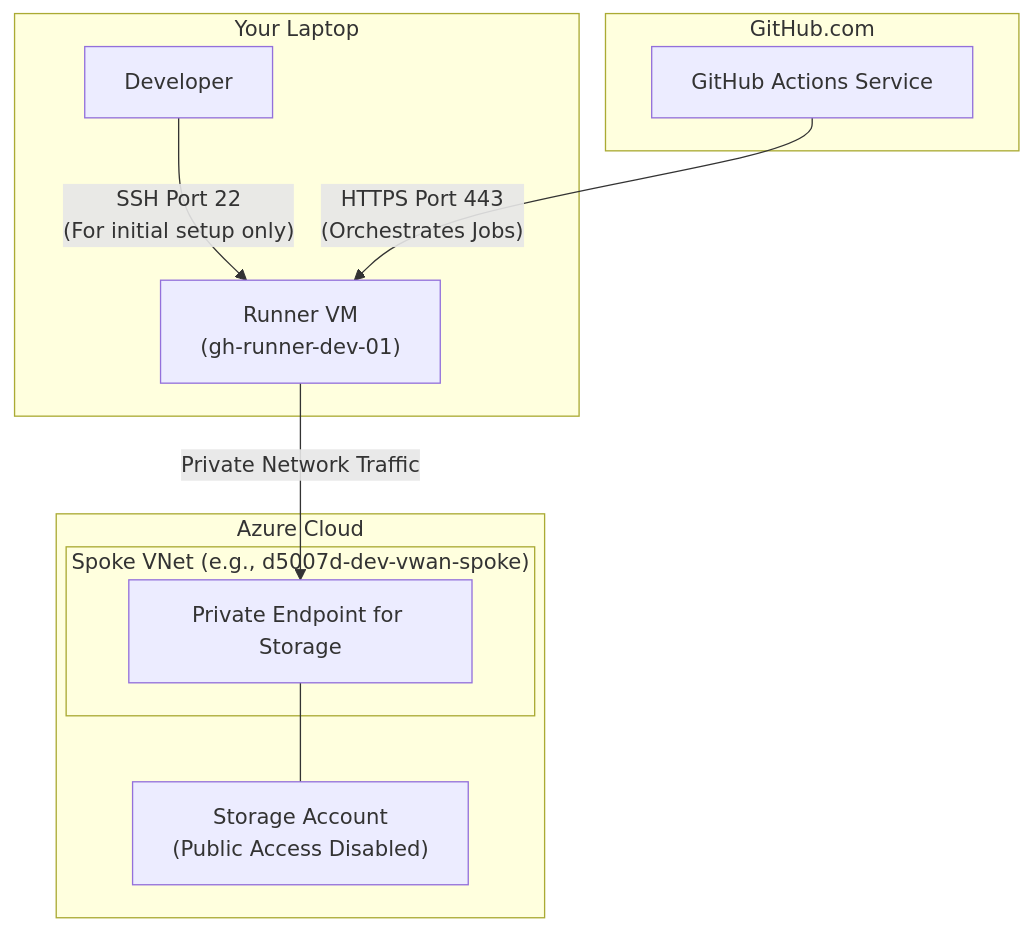
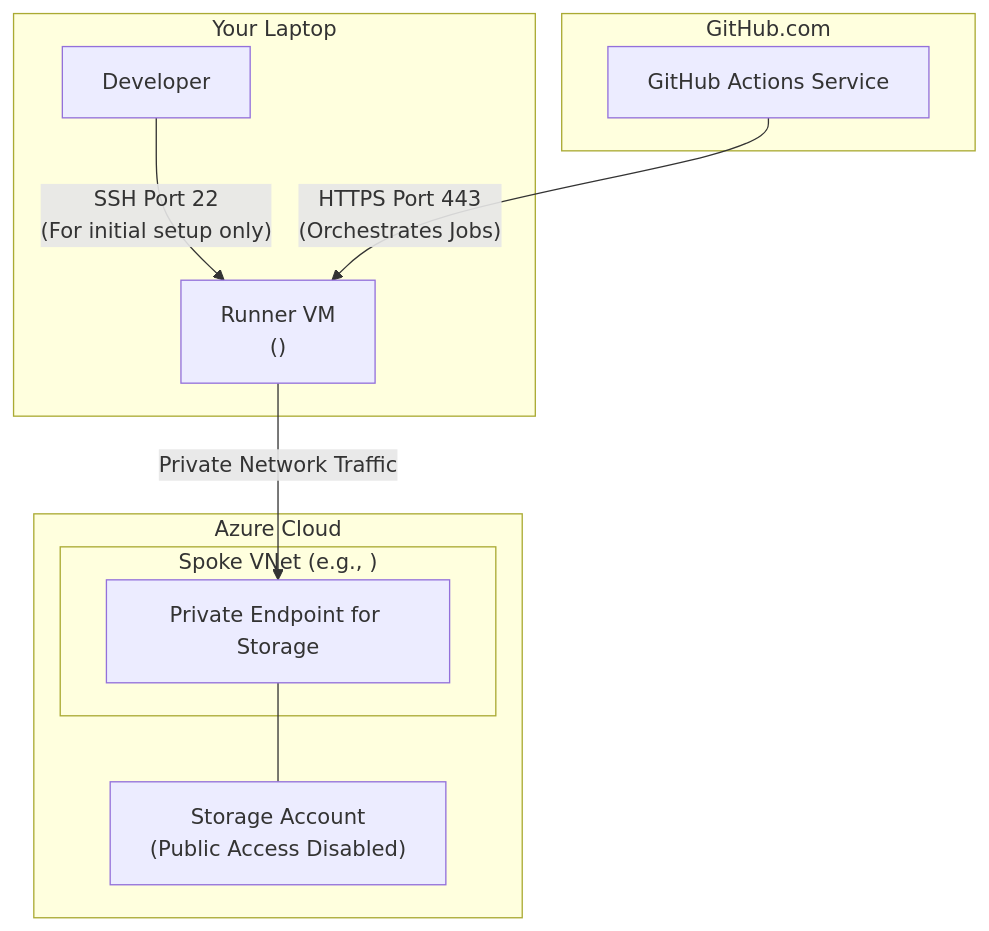
Before and after one commit to bcgov/AzureFilesPoC: the first of 2 diagrams in terraform/environments/cicd/README.md, drawn with Mermaid. The commit also changed other lines of this file and 83 other files, not shown here.

````diff
--- a/terraform/environments/cicd/README.md
+++ b/terraform/environments/cicd/README.md
@@ -36,24 +36,24 @@
 ```mermaid
 graph TD
     subgraph "Your Laptop"
         A["Developer"] -- "SSH Port 22<br/>(For initial setup only)" --> D
     end
 
     subgraph "Azure Cloud"
-        subgraph "Spoke VNet (e.g., d5007d-dev-vwan-spoke)"
-            D["Runner VM<br>(gh-runner-dev-01)"]
+        subgraph "Spoke VNet (e.g., <spoke-vnet-name>)"
+            D["Runner VM<br>(<runner-vm-name>)"]
             PE["Private Endpoint for Storage"]
 
             D -- Private Network Traffic --> PE
         end
 
         SA["Storage Account<br>(Public Access Disabled)"]
         PE --- SA
     end
 
     subgraph "GitHub.com"
         G["GitHub Actions Service"]
     end
 
     G -- "HTTPS Port 443<br/>(Orchestrates Jobs)" --> D
 ```
````
